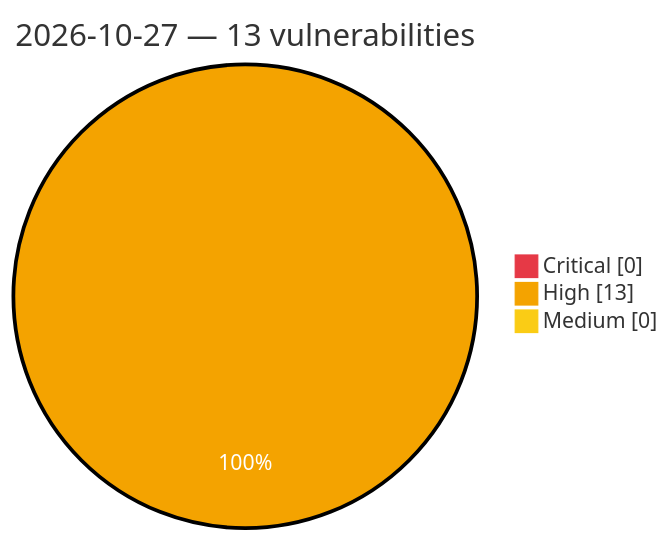
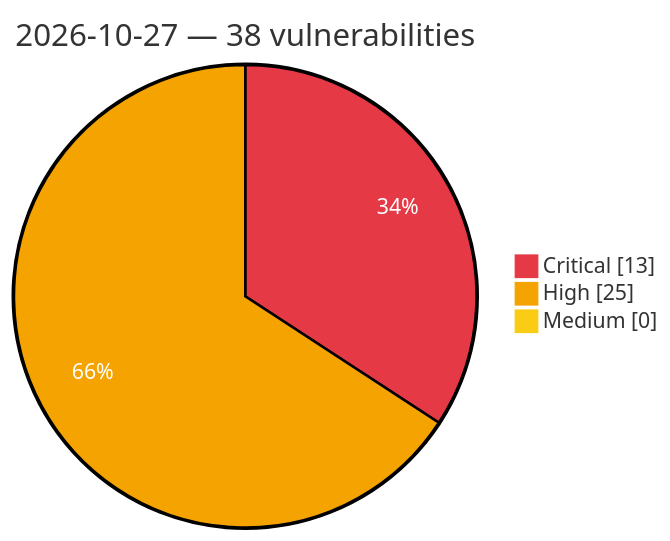
The diagram in vulnerabilities/2026/October/2026-10-27.md (GhostX0X/vuln-tracker), drawn with Mermaid before and after one commit. The commit also changed other lines of this file and 5 other files, not shown here.

Commit message:
Auto update: critical/high vulns (2026-10-27 12:31 UTC)

````diff
--- a/vulnerabilities/2026/October/2026-10-27.md
+++ b/vulnerabilities/2026/October/2026-10-27.md
@@ -3,8 +3,8 @@
 ```mermaid
 %%{init: {'theme':'base', 'themeVariables': {'pie1':'#e63946', 'pie2':'#f4a300', 'pie3':'#facc15', 'pieOpacity':'1', 'pieOuterStrokeWidth':'2px', 'pieSectionTextColor':'#ffffff'}}}%%
 pie showData
-    title 2026-10-27 — 13 vulnerabilities
-    "Critical" : 0
-    "High" : 13
+    title 2026-10-27 — 38 vulnerabilities
+    "Critical" : 13
+    "High" : 25
     "Medium" : 0
 ```
````
